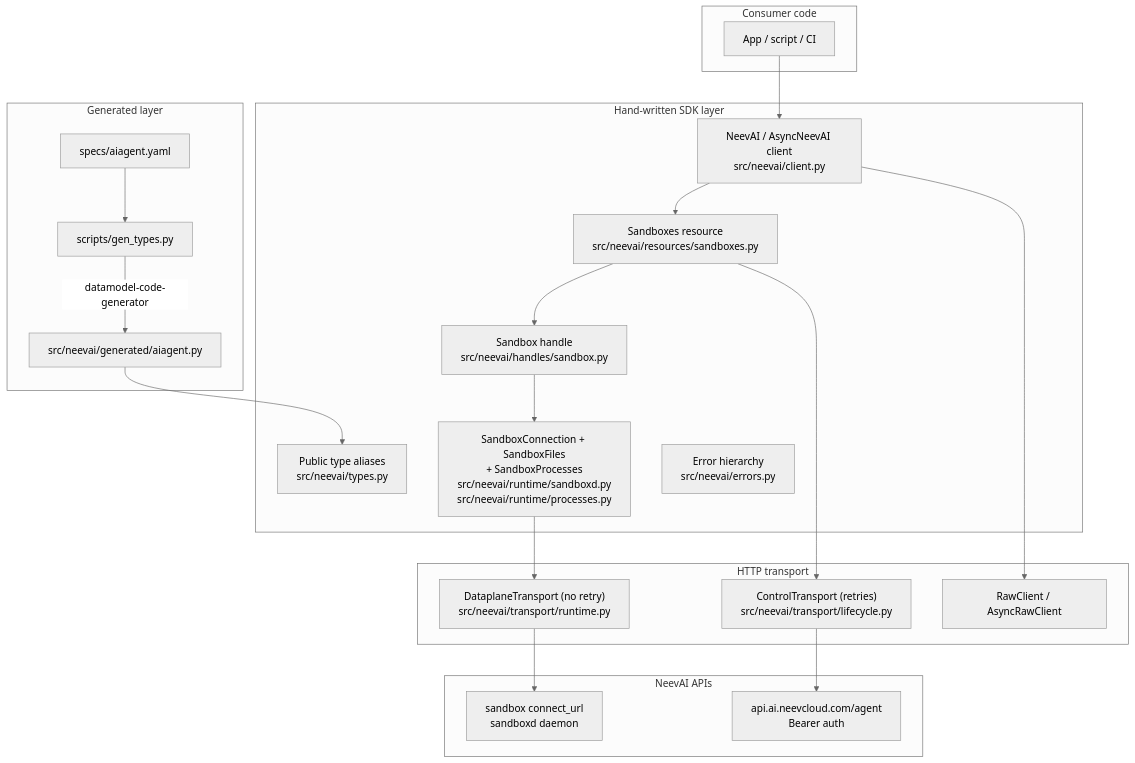
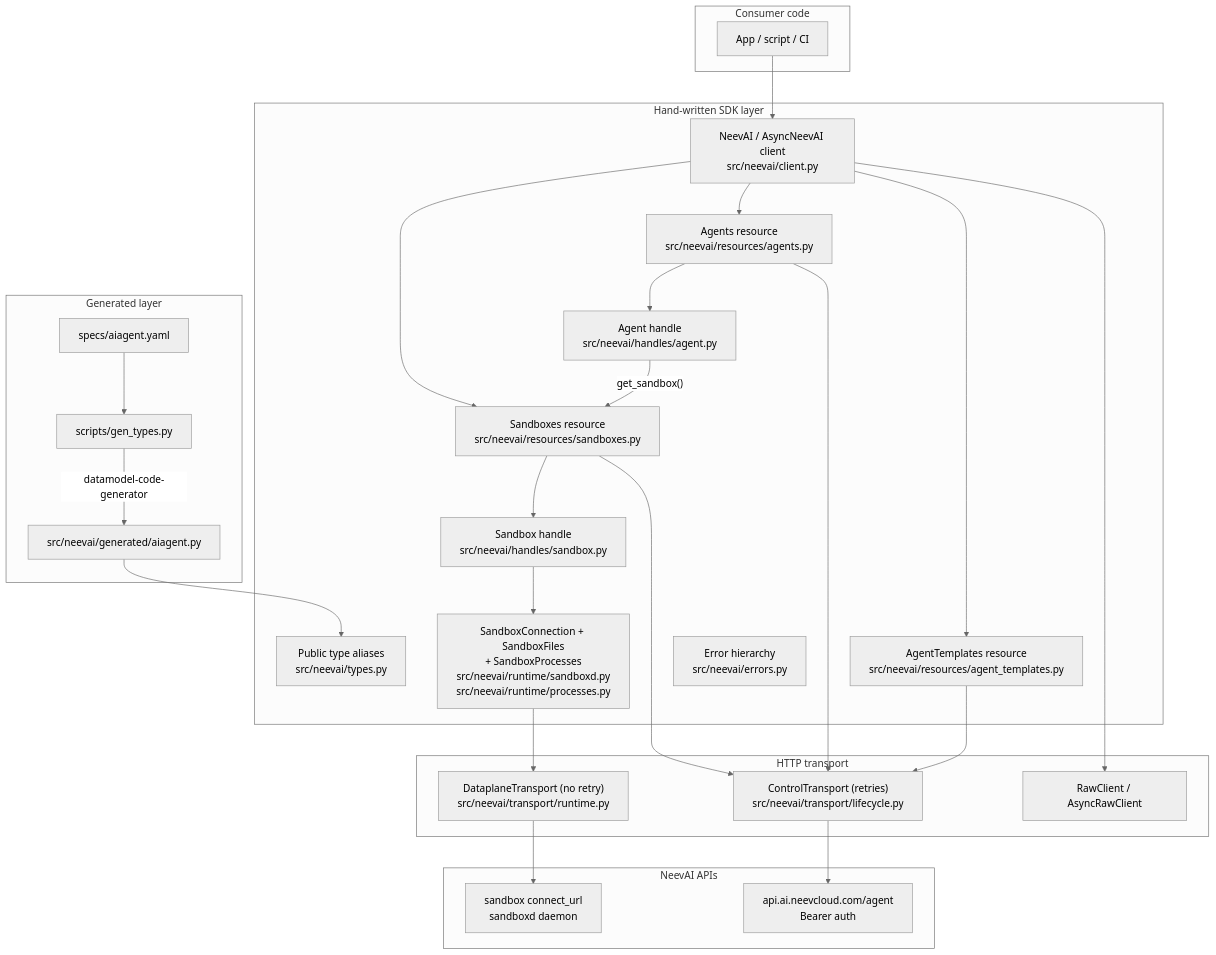
The first of 2 diagrams in docs/architecture.md (NeevCloudAI/neev-sdk-python), drawn with Mermaid (neutral theme) before and after one commit. The commit also changed other lines of this file and 26 other files, not shown here.

````diff
--- a/docs/architecture.md
+++ b/docs/architecture.md
@@ -59,46 +60,55 @@
 ```mermaid
 flowchart TB
   subgraph consumer [Consumer code]
     App["App / script / CI"]
   end
 
   subgraph sdk [Hand-written SDK layer]
     NeevAI["NeevAI / AsyncNeevAI client<br/>src/neevai/client.py"]
     Sandboxes["Sandboxes resource<br/>src/neevai/resources/sandboxes.py"]
+    Agents["Agents resource<br/>src/neevai/resources/agents.py"]
+    AgentTemplates["AgentTemplates resource<br/>src/neevai/resources/agent_templates.py"]
     SandboxHandle["Sandbox handle<br/>src/neevai/handles/sandbox.py"]
+    AgentHandle["Agent handle<br/>src/neevai/handles/agent.py"]
     Sandboxd["SandboxConnection + SandboxFiles<br/>+ SandboxProcesses<br/>src/neevai/runtime/sandboxd.py<br/>src/neevai/runtime/processes.py"]
     Types["Public type aliases<br/>src/neevai/types.py"]
     Errors["Error hierarchy<br/>src/neevai/errors.py"]
   end
 
   subgraph transport [HTTP transport]
     ControlTransport["ControlTransport (retries)<br/>src/neevai/transport/lifecycle.py"]
     DataplaneTransport["DataplaneTransport (no retry)<br/>src/neevai/transport/runtime.py"]
     RawClient["RawClient / AsyncRawClient"]
   end
 
   subgraph generated [Generated layer]
     Spec["specs/aiagent.yaml"]
     GenScript["scripts/gen_types.py"]
     GenTypes["src/neevai/generated/aiagent.py"]
   end
 
   subgraph apis [NeevAI APIs]
     ControlPlane["api.ai.neevcloud.com/agent<br/>Bearer auth"]
     DataPlane["sandbox connect_url<br/>sandboxd daemon"]
   end
 
   App --> NeevAI
   NeevAI --> Sandboxes
+  NeevAI --> Agents
+  NeevAI --> AgentTemplates
+  Agents --> AgentHandle
+  AgentHandle -->|"get_sandbox()"| Sandboxes
   Sandboxes --> SandboxHandle
   SandboxHandle --> Sandboxd
   Sandboxes --> ControlTransport
+  Agents --> ControlTransport
+  AgentTemplates --> ControlTransport
   NeevAI --> RawClient
   Sandboxd --> DataplaneTransport
   ControlTransport --> ControlPlane
   DataplaneTransport --> DataPlane
 
   Spec --> GenScript
   GenScript -->|"datamodel-code-generator"| GenTypes
   GenTypes --> Types
 ```
````
